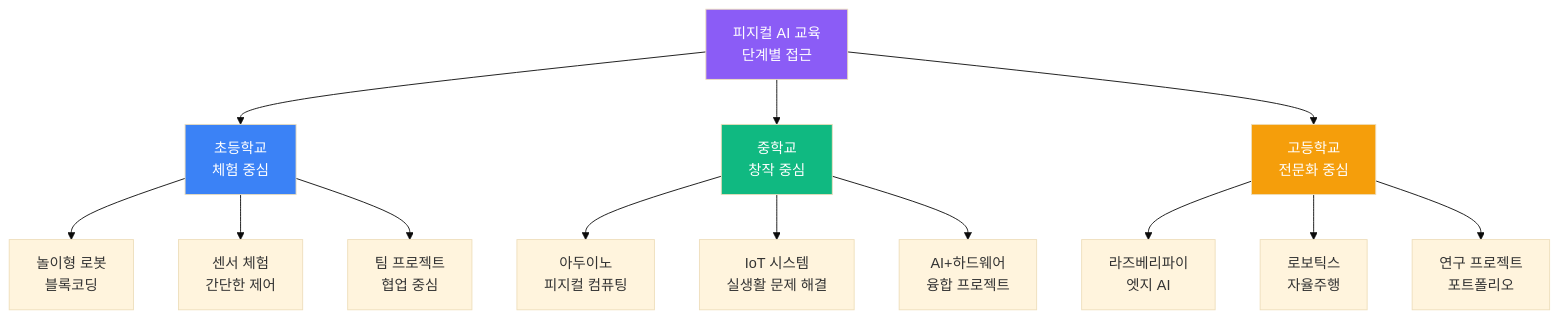
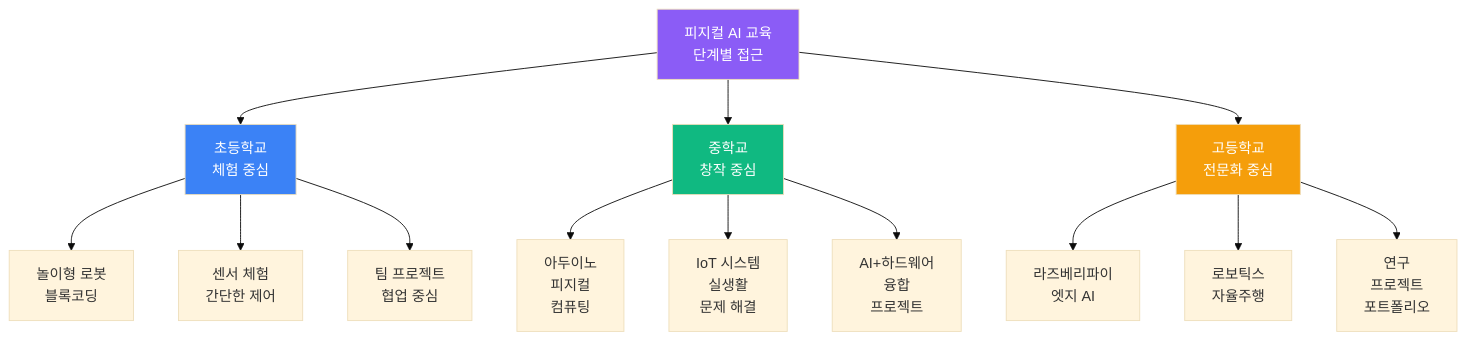
One commit to Collegenie-X/AIMakerLab_Web changed diagram 22 of 33 in documents/AI_중점학교_운영_제안서.md. Above: the diagram before and after it, drawn with Mermaid (base theme). The commit also changed other lines of this file and 1 other file, not shown here.

````diff
--- a/documents/AI_중점학교_운영_제안서.md
+++ b/documents/AI_중점학교_운영_제안서.md
@@ -942,23 +942,23 @@
 ```mermaid
 graph TB
     A[피지컬 AI 교육<br/>단계별 접근] --> B[초등학교<br/>체험 중심]
     A --> C[중학교<br/>창작 중심]
     A --> D[고등학교<br/>전문화 중심]
     
     B --> B1[놀이형 로봇<br/>블록코딩]
-    B --> B2[센서 체험<br/>간단한 제어]
+    B --> B2[센서 체험<br/>간단한  제어]
     B --> B3[팀 프로젝트<br/>협업 중심]
     
-    C --> C1[아두이노<br/>피지컬 컴퓨팅]
-    C --> C2[IoT 시스템<br/>실생활 문제 해결]
-    C --> C3[AI+하드웨어<br/>융합 프로젝트]
+    C --> C1[아두이노<br/>피지컬 <br> 컴퓨팅]
+    C --> C2[IoT 시스템<br/>실생활 <br> 문제  해결]
+    C --> C3[AI+하드웨어<br/>융합 <br> 프로젝트]
     
     D --> D1[라즈베리파이<br/>엣지 AI]
     D --> D2[로보틱스<br/>자율주행]
-    D --> D3[연구 프로젝트<br/>포트폴리오]
+    D --> D3[연구<br> 프로젝트<br/>포트폴리오]
     
     style A fill:#8b5cf6,color:#fff
     style B fill:#3b82f6,color:#fff
     style C fill:#10b981,color:#fff
     style D fill:#f59e0b,color:#fff
 ```
````
